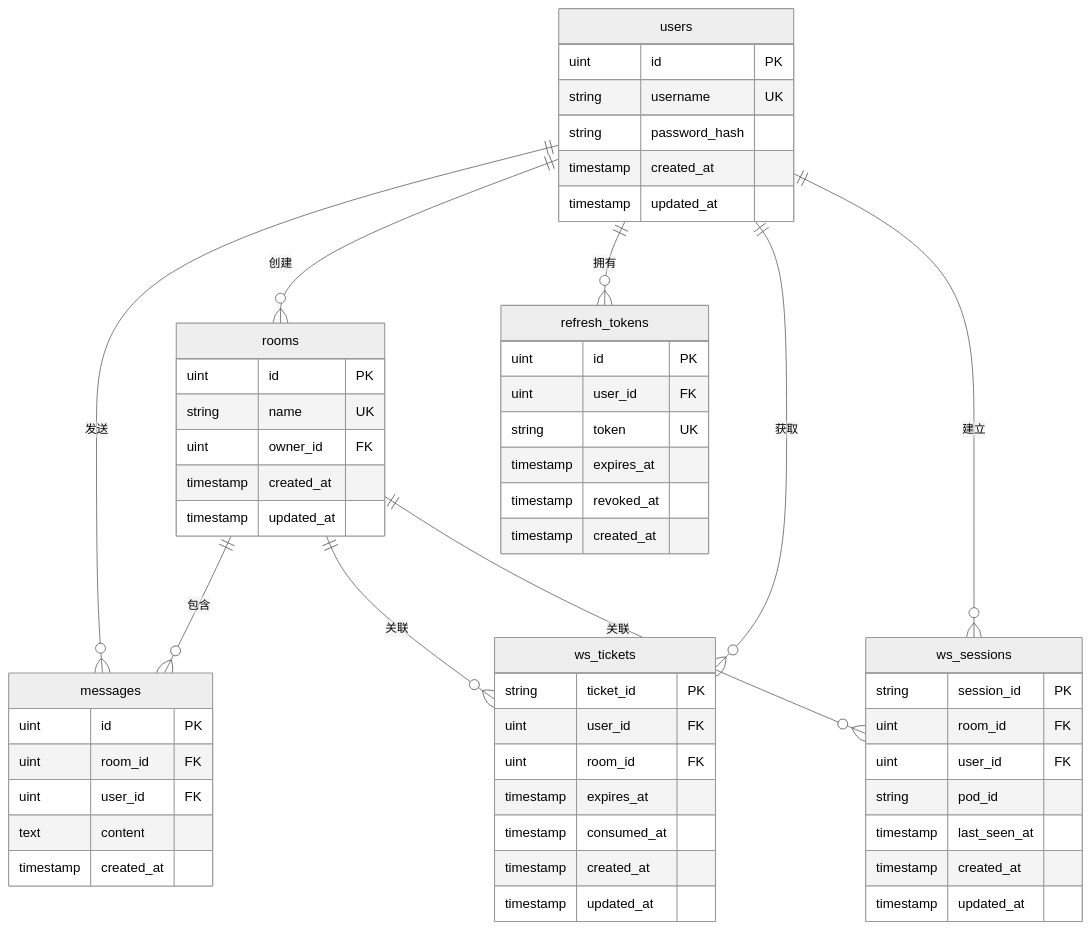
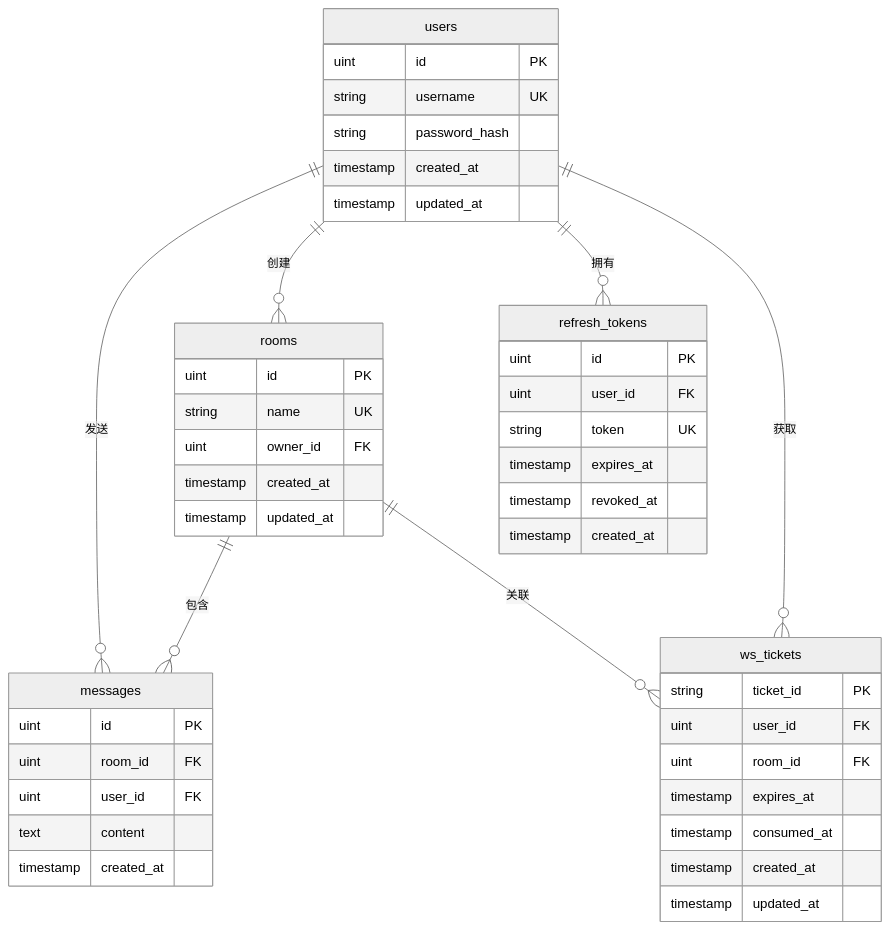
One commit to build-workbench/chatroom changed the diagram in docs/architecture/data-model.md. Above: the diagram before and after it, drawn with Mermaid (neutral theme). The commit also changed other lines of this file and 25 other files, not shown here.

````diff
--- a/docs/architecture/data-model.md
+++ b/docs/architecture/data-model.md
@@ -7,65 +7,53 @@
 ```mermaid
 erDiagram
     users ||--o{ messages : "发送"
     users ||--o{ rooms : "创建"
     users ||--o{ refresh_tokens : "拥有"
     users ||--o{ ws_tickets : "获取"
-    users ||--o{ ws_sessions : "建立"
-    
+
     rooms ||--o{ messages : "包含"
     rooms ||--o{ ws_tickets : "关联"
-    rooms ||--o{ ws_sessions : "关联"
 
     users {
         uint id PK
         string username UK
         string password_hash
         timestamp created_at
         timestamp updated_at
     }
 
     rooms {
         uint id PK
         string name UK
         uint owner_id FK
         timestamp created_at
         timestamp updated_at
     }
 
     messages {
         uint id PK
         uint room_id FK
         uint user_id FK
         text content
         timestamp created_at
     }
 
     refresh_tokens {
         uint id PK
         uint user_id FK
         string token UK
         timestamp expires_at
         timestamp revoked_at
         timestamp created_at
     }
 
     ws_tickets {
         string ticket_id PK
         uint user_id FK
         uint room_id FK
         timestamp expires_at
         timestamp consumed_at
         timestamp created_at
         timestamp updated_at
     }
-
-    ws_sessions {
-        string session_id PK
-        uint room_id FK
-        uint user_id FK
-        string pod_id
-        timestamp last_seen_at
-        timestamp created_at
-        timestamp updated_at
-    }
 ```
````
